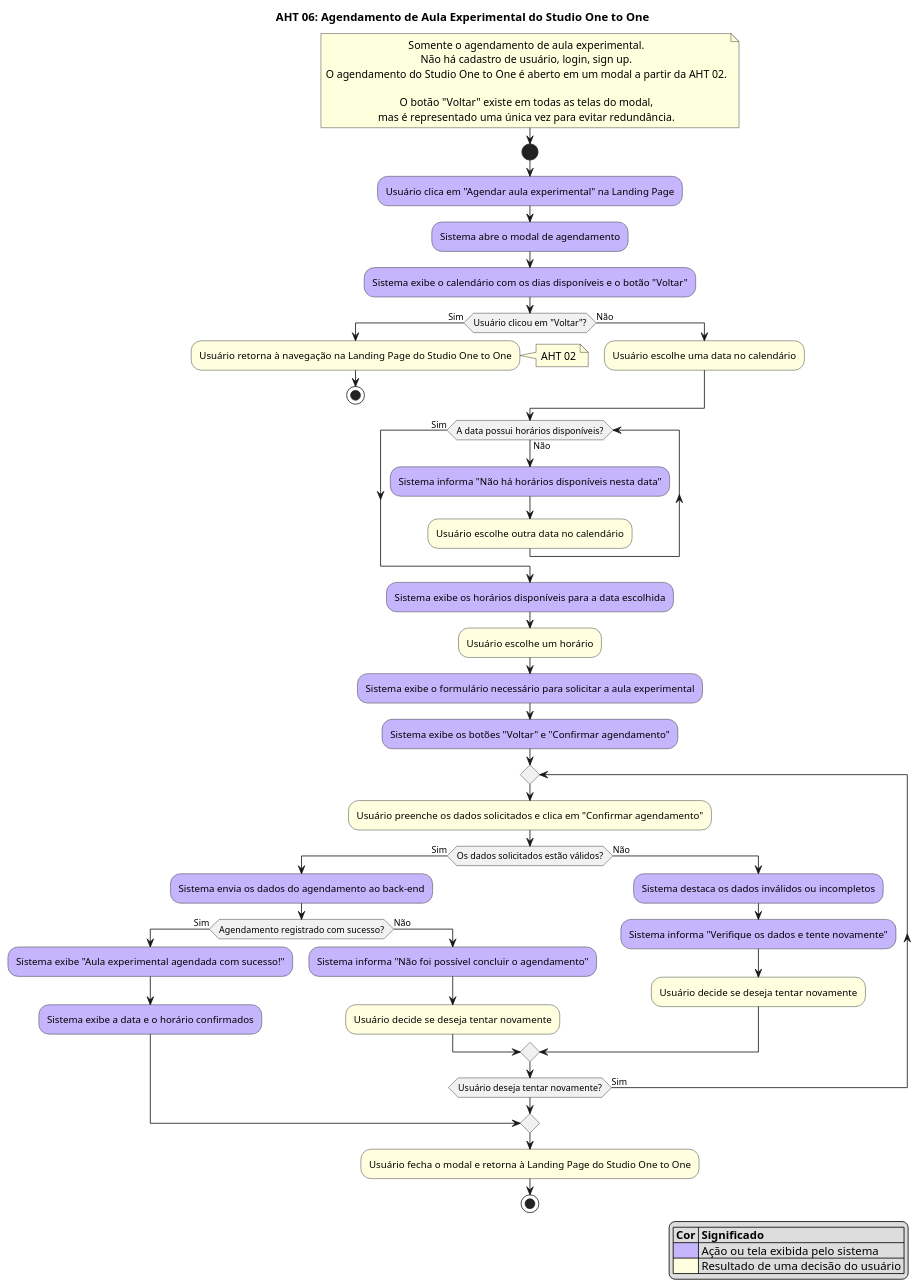
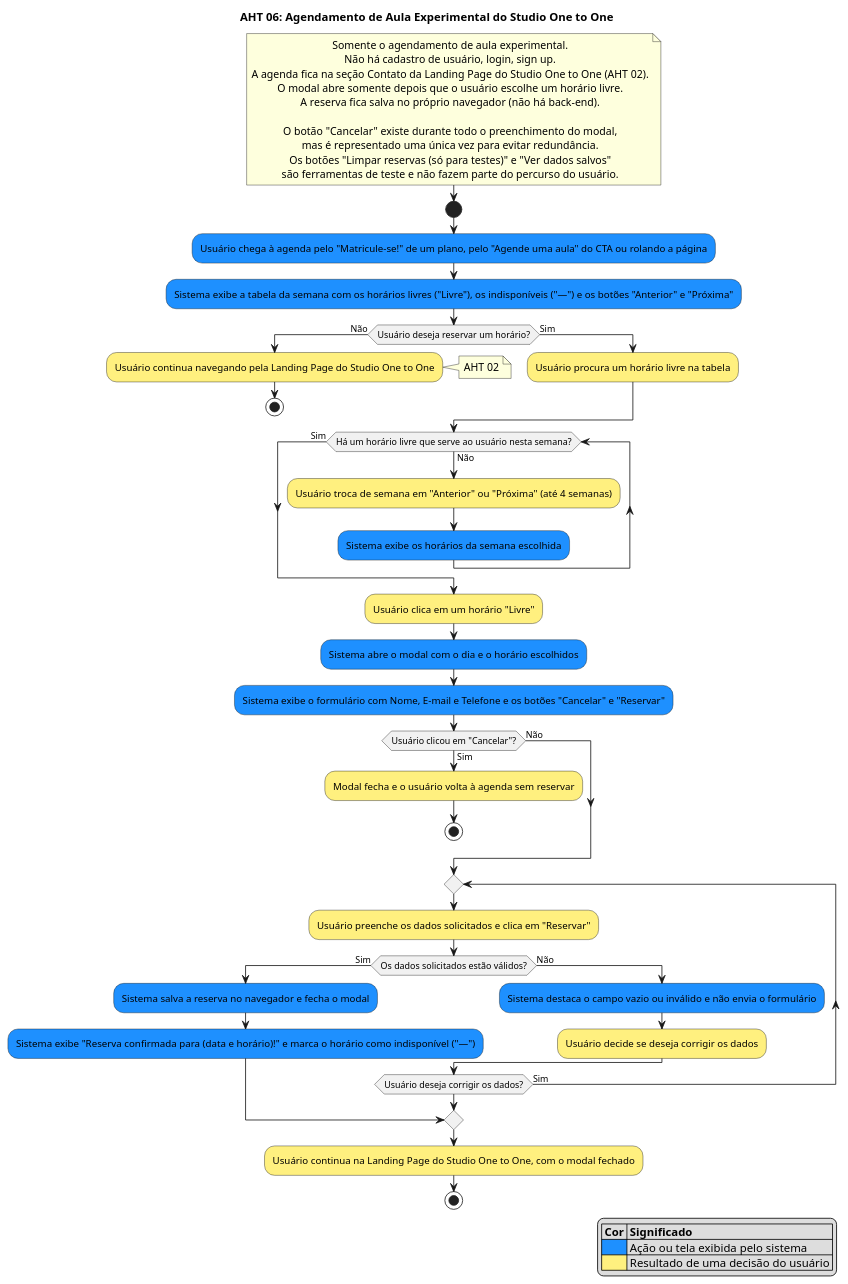
The diagram in Documentos/AHTs/AHT06-OnetoOne-agendamento.puml (tav-ibmec/PFE-2026-2-Grupo-1-vanila), drawn with PlantUML before and after one commit. The commit also changed 1 other file, not shown here.

Commit message:
Atualizando a AHT 06

```diff
--- a/Documentos/AHTs/AHT06-OnetoOne-agendamento.puml
+++ b/Documentos/AHTs/AHT06-OnetoOne-agendamento.puml
@@ -1,75 +1,73 @@
 @startuml AHT06-OnetoOne-agendamento
 
 skinparam DefaultTextAlignment center
 
 
 title AHT 06: Agendamento de Aula Experimental do Studio One to One
 
 note right
   Somente o agendamento de aula experimental.
   Não há cadastro de usuário, login, sign up.
-  O agendamento do Studio One to One é aberto em um modal a partir da AHT 02.
-  
-  O botão "Voltar" existe em todas as telas do modal,
+  A agenda fica na seção Contato da Landing Page do Studio One to One (AHT 02).
+  O modal abre somente depois que o usuário escolhe um horário livre.
+  A reserva fica salva no próprio navegador (não há back-end).
+
+  O botão "Cancelar" existe durante todo o preenchimento do modal,
   mas é representado uma única vez para evitar redundância.
+  Os botões "Limpar reservas (só para testes)" e "Ver dados salvos"
+  são ferramentas de teste e não fazem parte do percurso do usuário.
 end note
 
 start
 
-#C4B5FD:Usuário clica em "Agendar aula experimental" na Landing Page;
-#C4B5FD:Sistema abre o modal de agendamento;
-#C4B5FD:Sistema exibe o calendário com os dias disponíveis e o botão "Voltar";
+#1E90FF:Usuário chega à agenda pelo "Matricule-se!" de um plano, pelo "Agende uma aula" do CTA ou rolando a página;
+#1E90FF:Sistema exibe a tabela da semana com os horários livres ("Livre"), os indisponíveis ("—") e os botões "Anterior" e "Próxima";
 
-if (Usuário clicou em "Voltar"?) then (Sim)
-  #lightyellow:Usuário retorna à navegação na Landing Page do Studio One to One;
+if (Usuário deseja reservar um horário?) then (Não)
+  #FFF07F:Usuário continua navegando pela Landing Page do Studio One to One;
   note right: AHT 02
   stop
-else (Não)
-  #lightyellow:Usuário escolhe uma data no calendário;
+else (Sim)
+  #FFF07F:Usuário procura um horário livre na tabela;
 endif
 
-while (A data possui horários disponíveis?) is (Não)
-  #C4B5FD:Sistema informa "Não há horários disponíveis nesta data";
-  #lightyellow:Usuário escolhe outra data no calendário;
+while (Há um horário livre que serve ao usuário nesta semana?) is (Não)
+  #FFF07F:Usuário troca de semana em "Anterior" ou "Próxima" (até 4 semanas);
+  #1E90FF:Sistema exibe os horários da semana escolhida;
 endwhile (Sim)
 
-#C4B5FD:Sistema exibe os horários disponíveis para a data escolhida;
-#lightyellow:Usuário escolhe um horário;
+#FFF07F:Usuário clica em um horário "Livre";
+#1E90FF:Sistema abre o modal com o dia e o horário escolhidos;
+#1E90FF:Sistema exibe o formulário com Nome, E-mail e Telefone e os botões "Cancelar" e "Reservar";
 
-#C4B5FD:Sistema exibe o formulário necessário para solicitar a aula experimental;
-#C4B5FD:Sistema exibe os botões "Voltar" e "Confirmar agendamento";
+if (Usuário clicou em "Cancelar"?) then (Sim)
+  #FFF07F:Modal fecha e o usuário volta à agenda sem reservar;
+  stop
+else (Não)
+endif
 
 repeat
-  #lightyellow:Usuário preenche os dados solicitados e clica em "Confirmar agendamento";
+  #FFF07F:Usuário preenche os dados solicitados e clica em "Reservar";
 
   if (Os dados solicitados estão válidos?) then (Sim)
-    #C4B5FD:Sistema envia os dados do agendamento ao back-end;
-
-    if (Agendamento registrado com sucesso?) then (Sim)
-      #C4B5FD:Sistema exibe "Aula experimental agendada com sucesso!";
-      #C4B5FD:Sistema exibe a data e o horário confirmados;
-      break
-    else (Não)
-      #C4B5FD:Sistema informa "Não foi possível concluir o agendamento";
-      #lightyellow:Usuário decide se deseja tentar novamente;
-    endif
-
+    #1E90FF:Sistema salva a reserva no navegador e fecha o modal;
+    #1E90FF:Sistema exibe "Reserva confirmada para (data e horário)!" e marca o horário como indisponível ("—");
+    break
   else (Não)
-    #C4B5FD:Sistema destaca os dados inválidos ou incompletos;
-    #C4B5FD:Sistema informa "Verifique os dados e tente novamente";
-    #lightyellow:Usuário decide se deseja tentar novamente;
+    #1E90FF:Sistema destaca o campo vazio ou inválido e não envia o formulário;
+    #FFF07F:Usuário decide se deseja corrigir os dados;
   endif
 
-repeat while (Usuário deseja tentar novamente?) is (Sim)
+repeat while (Usuário deseja corrigir os dados?) is (Sim)
 
-#lightyellow:Usuário fecha o modal e retorna à Landing Page do Studio One to One;
+#FFF07F:Usuário continua na Landing Page do Studio One to One, com o modal fechado;
 
 stop
 
 legend right
   |= Cor |= Significado |
-  |<#C4B5FD>| Ação ou tela exibida pelo sistema |
-  |<#lightyellow>| Resultado de uma decisão do usuário |
+  |<#1E90FF>| Ação ou tela exibida pelo sistema |
+  |<#FFF07F>| Resultado de uma decisão do usuário |
 endlegend
 
 @enduml
```
